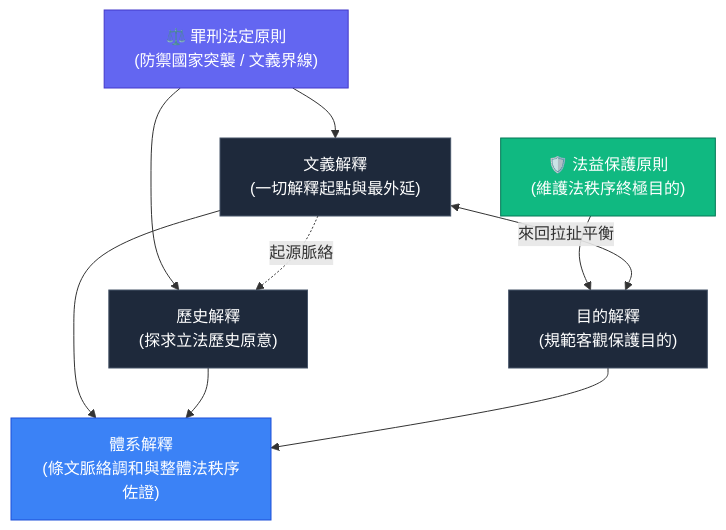
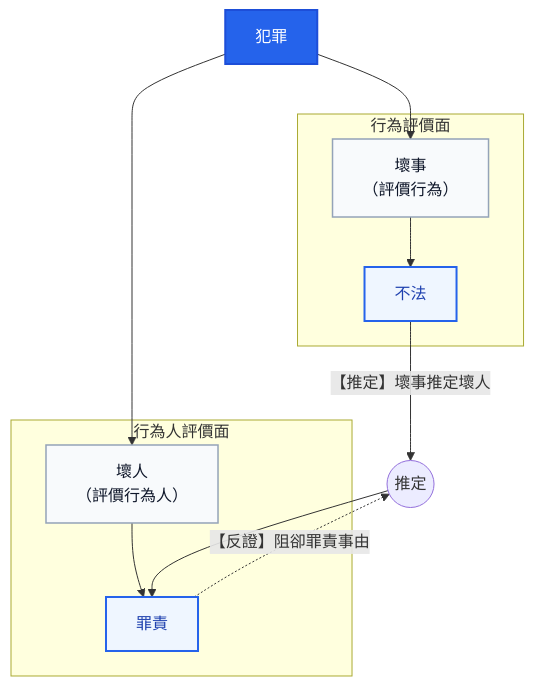
The diagram in CRIMINAL_LAW_NOTES.md (a10129800/law-note), drawn with Mermaid before and after one commit. The commit also changed other lines of this file and 5 other files, not shown here.

````diff
--- a/CRIMINAL_LAW_NOTES.md
+++ b/CRIMINAL_LAW_NOTES.md
@@ -730,21 +29,23 @@
 ```mermaid
 graph TD
-    Principle1["⚖️ 罪刑法定原則<br>(防禦國家突襲 / 文義界線)"] --> Legal1["文義解釋<br>(一切解釋起點與最外延)"]
-    Principle1 --> Legal2["歷史解釋<br>(探求立法歷史原意)"]
+    classDef main fill:#2563EB,stroke:#1D4ED8,stroke-width:2px,color:#fff;
+    classDef nodeBox fill:#F8FAFC,stroke:#94A3B8,stroke-width:1.5px,color:#0F172A;
+    classDef keyBox fill:#EFF6FF,stroke:#2563EB,stroke-width:2px,color:#1E40AF;
+
+    Crime["犯罪"]:::main
     
-    Principle2["🛡️ 法益保護原則<br>(維護法秩序終極目的)"] --> Legal3["目的解釋<br>(規範客觀保護目的)"]
-    
-    Legal1 <-->|來回拉扯平衡| Legal3
-    Legal1 -.->|起源脈絡| Legal2
-    
-    Legal1 --> Systemic["體系解釋<br>(條文脈絡調和與整體法秩序佐證)"]
-    Legal2 --> Systemic
-    Legal3 --> Systemic
+    subgraph S1 ["行為評價面"]
+        BadAct["壞事<br>（評價行為）"]:::nodeBox --> Unlawful["不法"]:::keyBox
+    end
 
-    style Principle1 fill:#6366F1,stroke:#4338CA,color:#ffffff
-    style Principle2 fill:#10B981,stroke:#047857,color:#ffffff
-    style Legal1 fill:#1E293B,stroke:#475569,color:#ffffff
-    style Legal2 fill:#1E293B,stroke:#475569,color:#ffffff
-    style Legal3 fill:#1E293B,stroke:#475569,color:#ffffff
-    style Systemic fill:#3B82F6,stroke:#1D4ED8,color:#ffffff
+    subgraph S2 ["行為人評價面"]
+        BadPerson["壞人<br>（評價行為人）"]:::nodeBox --> Culpable["罪責"]:::keyBox
+    end
+
+    Crime --> BadAct
+    Crime --> BadPerson
+
+    Unlawful -- "【推定】壞事推定壞人" --> Presume(("推定"))
+    Presume --> Culpable
+    Culpable -. "【反證】阻卻罪責事由" .-> Presume
 ```
````
